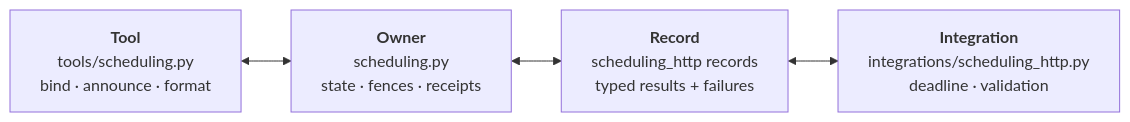
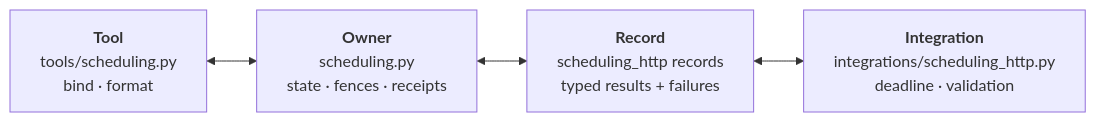
One commit to chasef07/abita_s2s changed the second of 2 diagrams in README.md. Above: the diagram before and after it, drawn with Mermaid. The commit also changed 5 other files, not shown here.

````diff
--- a/README.md
+++ b/README.md
@@ -67,8 +67,8 @@
 ```mermaid
 flowchart LR
-  tool["<b>Tool</b><br/>tools/scheduling.py<br/>bind · announce · format"]
+  tool["<b>Tool</b><br/>tools/scheduling.py<br/>bind · format"]
   owner["<b>Owner</b><br/>scheduling.py<br/>state · fences · receipts"]
   record["<b>Record</b><br/>scheduling_http records<br/>typed results + failures"]
   integration["<b>Integration</b><br/>integrations/scheduling_http.py<br/>deadline · validation"]
   tool <--> owner <--> record <--> integration
 ```
````
